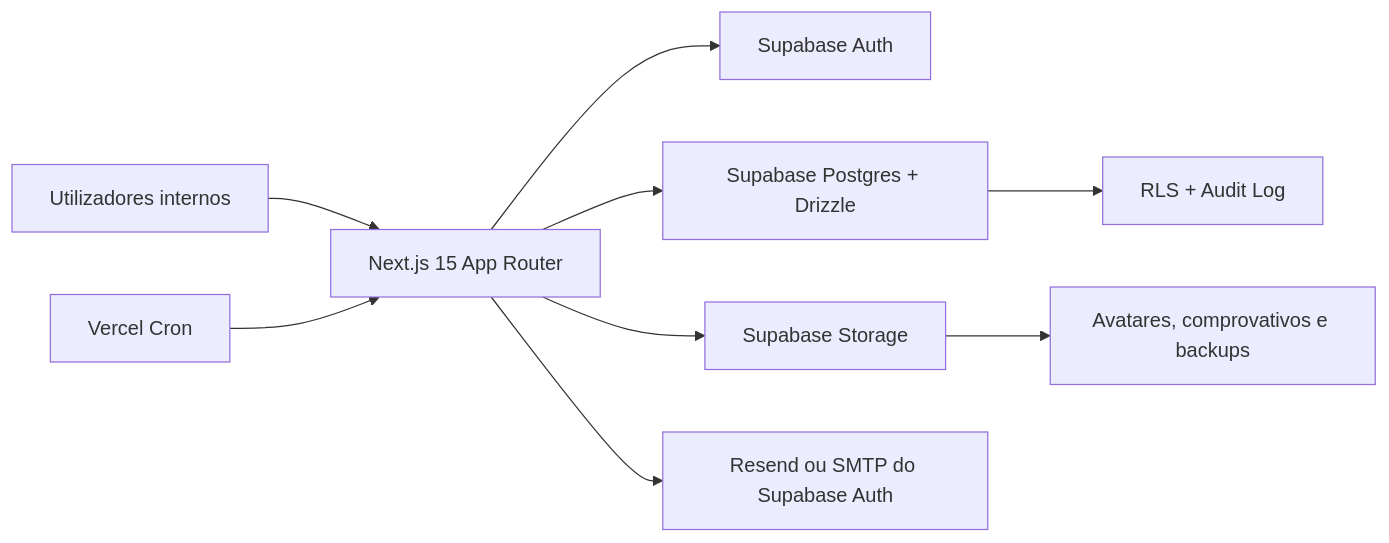
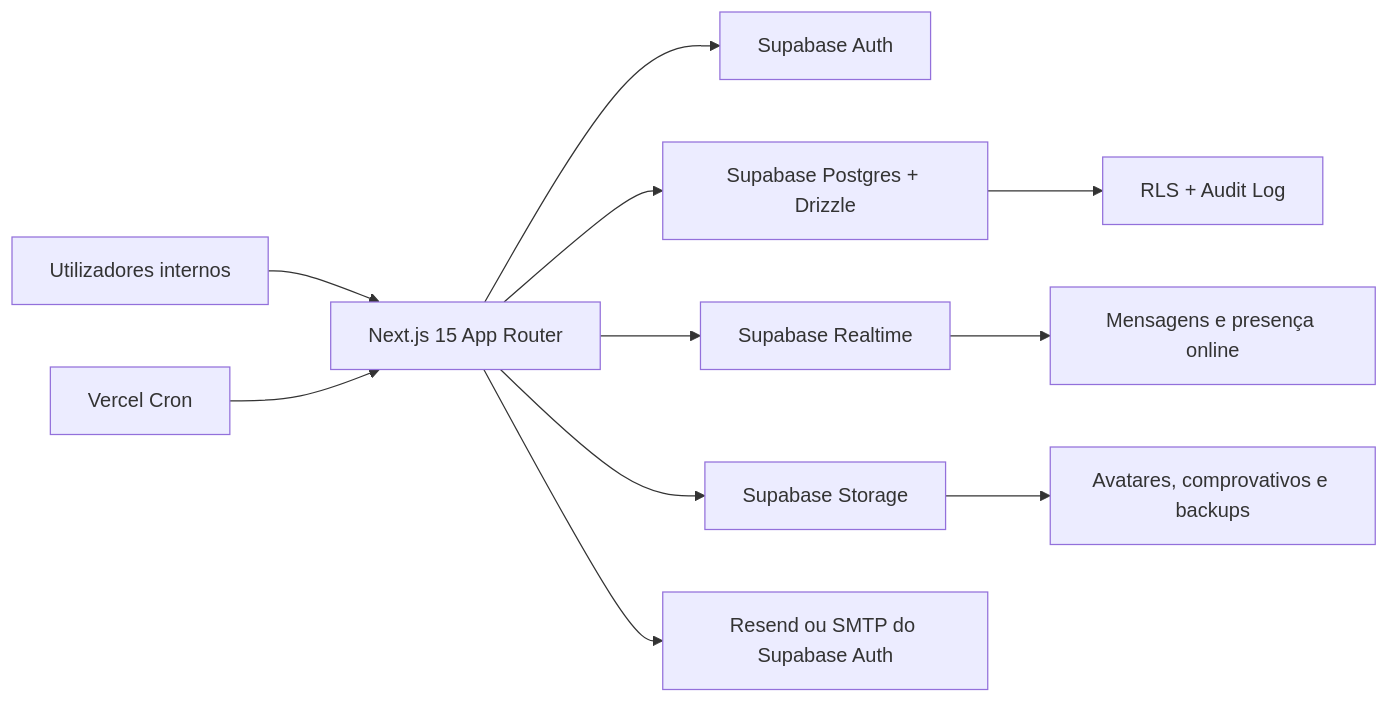
One commit to atchutchi/abiptom-admin changed the second of 2 diagrams in README.md. Above: the diagram before and after it, drawn with Mermaid. The commit also changed other lines of this file and 16 other files, not shown here.

````diff
--- a/README.md
+++ b/README.md
@@ -184,11 +199,13 @@
 ```mermaid
 flowchart LR
     U["Utilizadores internos"] --> N["Next.js 15 App Router"]
     N --> A["Supabase Auth"]
     N --> D["Supabase Postgres + Drizzle"]
+    N --> RT["Supabase Realtime"]
     N --> S["Supabase Storage"]
     N --> E["Resend ou SMTP do Supabase Auth"]
     V["Vercel Cron"] --> N
     D --> R["RLS + Audit Log"]
+    RT --> M["Mensagens e presença online"]
     S --> P["Avatares, comprovativos e backups"]
 ```
````
